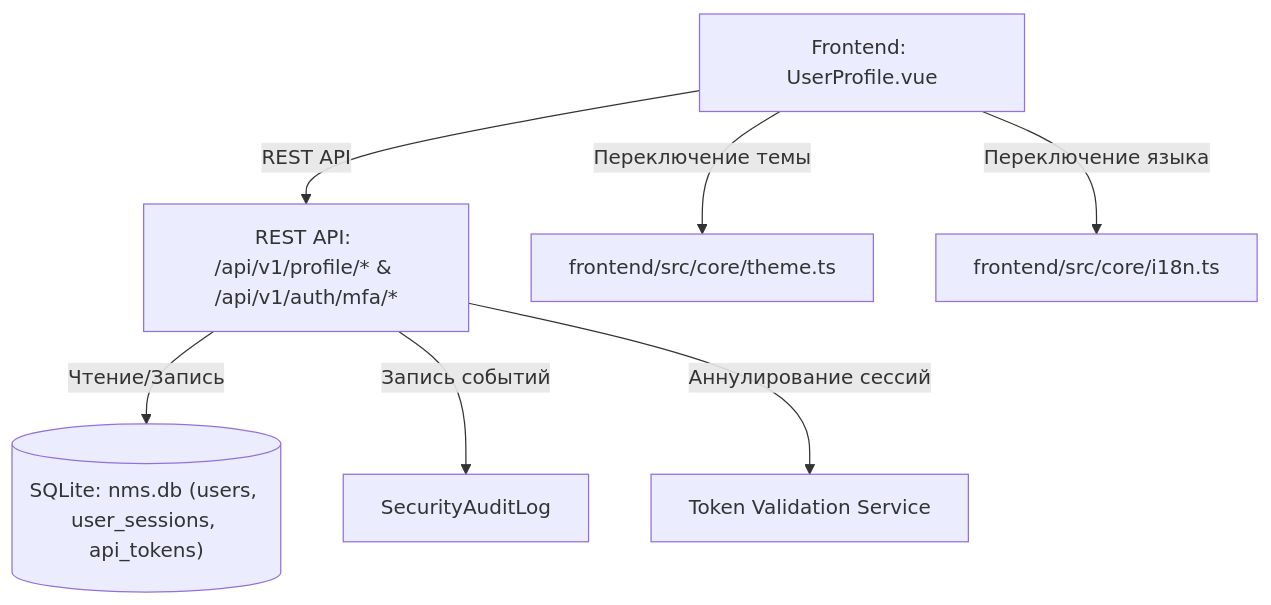
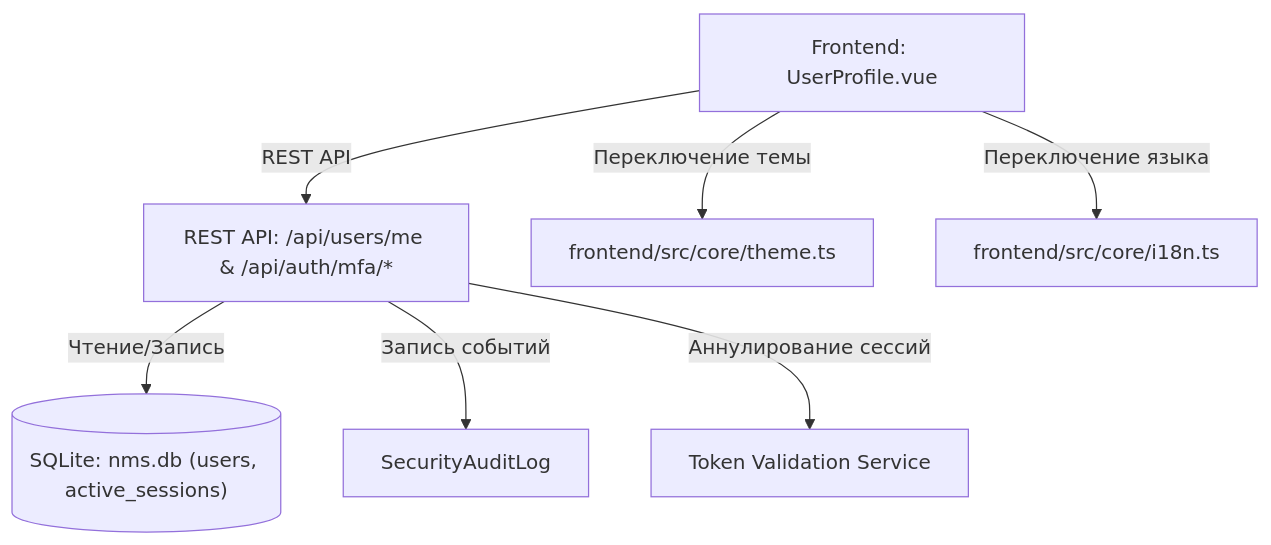
One commit to Apofixc/nms-webui changed the diagram in docs/wiki/02-usage/05-user-profile.md. Above: the diagram before and after it, drawn with Mermaid. The commit also changed other lines of this file and 21 other files, not shown here.

````diff
--- a/docs/wiki/02-usage/05-user-profile.md
+++ b/docs/wiki/02-usage/05-user-profile.md
@@ -93,9 +93,9 @@
 ```mermaid
 graph TD
-    UI["Frontend: UserProfile.vue"] -->|REST API| API["REST API: /api/v1/profile/* & /api/v1/auth/mfa/*"]
-    API -->|Чтение/Запись| DB[("SQLite: nms.db (users, user_sessions, api_tokens)")]
+    UI["Frontend: UserProfile.vue"] -->|REST API| API["REST API: /api/users/me & /api/auth/mfa/*"]
+    API -->|Чтение/Запись| DB[("SQLite: nms.db (users, active_sessions)")]
     API -->|Запись событий| Audit["SecurityAuditLog"]
     UI -->|Переключение темы| Theme["frontend/src/core/theme.ts"]
     UI -->|Переключение языка| I18n["frontend/src/core/i18n.ts"]
     API -->|Аннулирование сессий| Auth["Token Validation Service"]
 ```
````
